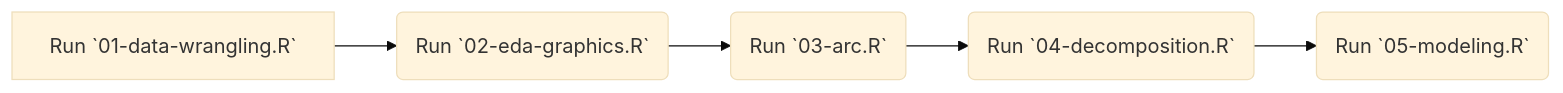
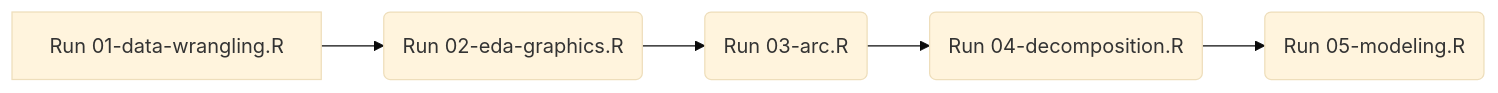
Before and after one commit to nutimes/som-sam-admit: the diagram in README.md, drawn with Mermaid (base theme). The commit also changed other lines of this file and 1 other file, not shown here.

````diff
--- a/README.md
+++ b/README.md
@@ -92,10 +92,10 @@
 ``` mermaid
     flowchart LR
-    A[Run `01-data-wrangling.R`] 
-    B(Run `02-eda-graphics.R`)
-    C(Run `03-arc.R`)
-    D(Run `04-decomposition.R`)
-    E(Run `05-modeling.R`)
+    A[Run 01-data-wrangling.R] 
+    B(Run 02-eda-graphics.R)
+    C(Run 03-arc.R)
+    D(Run 04-decomposition.R)
+    E(Run 05-modeling.R)
 
     A --> B --> C --> D --> E
 ```
````
